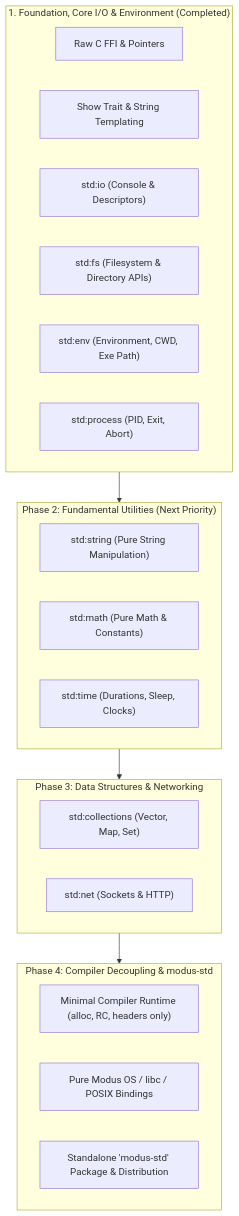
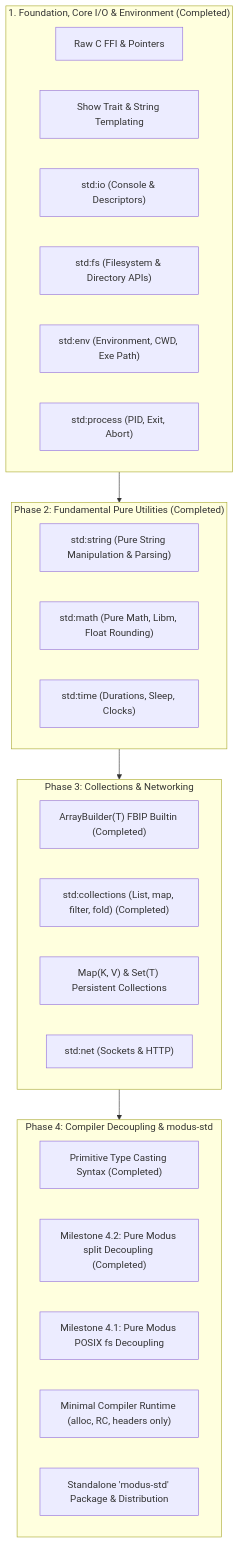
One commit to karmakarmeghdip/Modus changed the diagram in docs/STDLIB.md. Above: the diagram before and after it, drawn with Mermaid. The commit also changed other lines of this file and 26 other files, not shown here.

````diff
--- a/docs/STDLIB.md
+++ b/docs/STDLIB.md
@@ -162,32 +266,36 @@
 ```mermaid
 flowchart TD
     subgraph Foundation["1. Foundation, Core I/O & Environment (Completed)"]
         FFI["Raw C FFI & Pointers"]
         SHOW["Show Trait & String Templating"]
         IO["std:io (Console & Descriptors)"]
         FS["std:fs (Filesystem & Directory APIs)"]
         ENV["std:env (Environment, CWD, Exe Path)"]
         PROC["std:process (PID, Exit, Abort)"]
     end
 
-    subgraph Phase2["Phase 2: Fundamental Utilities (Next Priority)"]
-        STR["std:string (Pure String Manipulation)"]
-        MATH["std:math (Pure Math & Constants)"]
+    subgraph Phase2["Phase 2: Fundamental Pure Utilities (Completed)"]
+        STR["std:string (Pure String Manipulation & Parsing)"]
+        MATH["std:math (Pure Math, Libm, Float Rounding)"]
         TIME["std:time (Durations, Sleep, Clocks)"]
     end
 
-    subgraph Phase3["Phase 3: Data Structures & Networking"]
-        COLL["std:collections (Vector, Map, Set)"]
+    subgraph Phase3["Phase 3: Collections & Networking"]
+        BUILDER["ArrayBuilder(T) FBIP Builtin (Completed)"]
+        COLL["std:collections (List, map, filter, fold) (Completed)"]
+        MAPSET["Map(K, V) & Set(T) Persistent Collections"]
         NET["std:net (Sockets & HTTP)"]
     end
 
     subgraph Phase4["Phase 4: Compiler Decoupling & modus-std"]
+        CASTING["Primitive Type Casting Syntax (Completed)"]
+        SPLIT_DEC["Milestone 4.2: Pure Modus split Decoupling (Completed)"]
+        FS_DEC["Milestone 4.1: Pure Modus POSIX fs Decoupling"]
         MIN_RT["Minimal Compiler Runtime (alloc, RC, headers only)"]
-        PURE_FFI["Pure Modus OS / libc / POSIX Bindings"]
         STANDALONE["Standalone 'modus-std' Package & Distribution"]
     end
 
     Foundation --> Phase2
     Phase2 --> Phase3
     Phase3 --> Phase4
 ```
````
